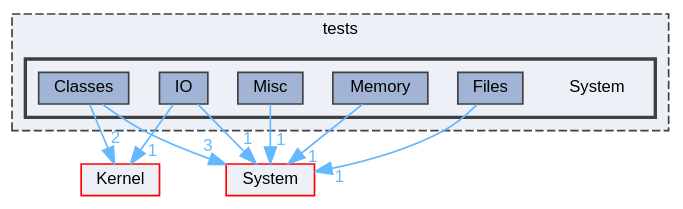
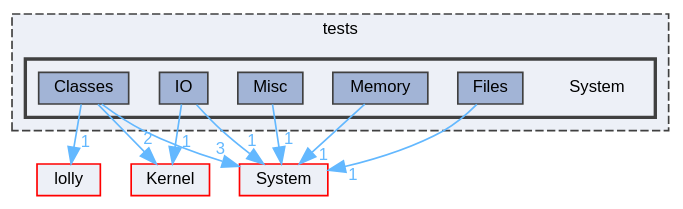
One commit to XmacsLabs/lolly changed the diagram in dir_df16762c41d55ab81241d1dd50493298_dep.dot. Above: the diagram before and after it, drawn with Graphviz. The commit also changed 96 other files, not shown here.

```diff
--- a/dir_df16762c41d55ab81241d1dd50493298_dep.dot
+++ b/dir_df16762c41d55ab81241d1dd50493298_dep.dot
@@ -1,29 +1,31 @@
 digraph "System"
 {
  // LATEX_PDF_SIZE
   bgcolor="transparent";
   edge [fontname=Helvetica,fontsize=10,labelfontname=Helvetica,labelfontsize=10];
   node [fontname=Helvetica,fontsize=10,shape=box,height=0.2,width=0.4];
   compound=true
   subgraph clusterdir_59425e443f801f1f2fd8bbe4959a3ccf {
     graph [ bgcolor="#edf0f7", pencolor="grey25", label="tests", fontname=Helvetica,fontsize=10 style="filled,dashed", URL="dir_59425e443f801f1f2fd8bbe4959a3ccf.html",tooltip=""]
   subgraph clusterdir_df16762c41d55ab81241d1dd50493298 {
     graph [ bgcolor="#edf0f7", pencolor="grey25", label="", fontname=Helvetica,fontsize=10 style="filled,bold", URL="dir_df16762c41d55ab81241d1dd50493298.html",tooltip=""]
     dir_df16762c41d55ab81241d1dd50493298 [shape=plaintext, label="System"];
   dir_65f9eac74ca93bae69ff732ea7466b4e [label="Classes", fillcolor="#a2b4d6", color="grey25", style="filled", URL="dir_65f9eac74ca93bae69ff732ea7466b4e.html",tooltip=""];
   dir_eeb941f42ec450c4cf9f9875dc9efc37 [label="Files", fillcolor="#a2b4d6", color="grey25", style="filled", URL="dir_eeb941f42ec450c4cf9f9875dc9efc37.html",tooltip=""];
   dir_a11ca1b644fc2f4eb768a49f0548af75 [label="IO", fillcolor="#a2b4d6", color="grey25", style="filled", URL="dir_a11ca1b644fc2f4eb768a49f0548af75.html",tooltip=""];
   dir_23ee80e664ec28360f8e5b33977d5516 [label="Memory", fillcolor="#a2b4d6", color="grey25", style="filled", URL="dir_23ee80e664ec28360f8e5b33977d5516.html",tooltip=""];
   dir_8bb057f359b3d5147f263316ac4f8ac7 [label="Misc", fillcolor="#a2b4d6", color="grey25", style="filled", URL="dir_8bb057f359b3d5147f263316ac4f8ac7.html",tooltip=""];
   }
   }
+  dir_4e4e38b7a3cbd015b31043c806009c51 [label="lolly", fillcolor="#edf0f7", color="red", style="filled", URL="dir_4e4e38b7a3cbd015b31043c806009c51.html",tooltip=""];
   dir_52bed8acfaac088d5968cb2c84d7645d [label="Kernel", fillcolor="#edf0f7", color="red", style="filled", URL="dir_52bed8acfaac088d5968cb2c84d7645d.html",tooltip=""];
   dir_9af51e3826d4f9e80d9103b2de543e84 [label="System", fillcolor="#edf0f7", color="red", style="filled", URL="dir_9af51e3826d4f9e80d9103b2de543e84.html",tooltip=""];
+  dir_65f9eac74ca93bae69ff732ea7466b4e->dir_4e4e38b7a3cbd015b31043c806009c51 [headlabel="1", labeldistance=1.5 headhref="dir_000004_000027.html" color="steelblue1" fontcolor="steelblue1"];
   dir_65f9eac74ca93bae69ff732ea7466b4e->dir_52bed8acfaac088d5968cb2c84d7645d [headlabel="2", labeldistance=1.5 headhref="dir_000004_000024.html" color="steelblue1" fontcolor="steelblue1"];
   dir_65f9eac74ca93bae69ff732ea7466b4e->dir_9af51e3826d4f9e80d9103b2de543e84 [headlabel="3", labeldistance=1.5 headhref="dir_000004_000038.html" color="steelblue1" fontcolor="steelblue1"];
   dir_eeb941f42ec450c4cf9f9875dc9efc37->dir_9af51e3826d4f9e80d9103b2de543e84 [headlabel="1", labeldistance=1.5 headhref="dir_000014_000038.html" color="steelblue1" fontcolor="steelblue1"];
   dir_a11ca1b644fc2f4eb768a49f0548af75->dir_52bed8acfaac088d5968cb2c84d7645d [headlabel="1", labeldistance=1.5 headhref="dir_000022_000024.html" color="steelblue1" fontcolor="steelblue1"];
   dir_a11ca1b644fc2f4eb768a49f0548af75->dir_9af51e3826d4f9e80d9103b2de543e84 [headlabel="1", labeldistance=1.5 headhref="dir_000022_000038.html" color="steelblue1" fontcolor="steelblue1"];
   dir_23ee80e664ec28360f8e5b33977d5516->dir_9af51e3826d4f9e80d9103b2de543e84 [headlabel="1", labeldistance=1.5 headhref="dir_000030_000038.html" color="steelblue1" fontcolor="steelblue1"];
   dir_8bb057f359b3d5147f263316ac4f8ac7->dir_9af51e3826d4f9e80d9103b2de543e84 [headlabel="1", labeldistance=1.5 headhref="dir_000032_000038.html" color="steelblue1" fontcolor="steelblue1"];
 }
```
